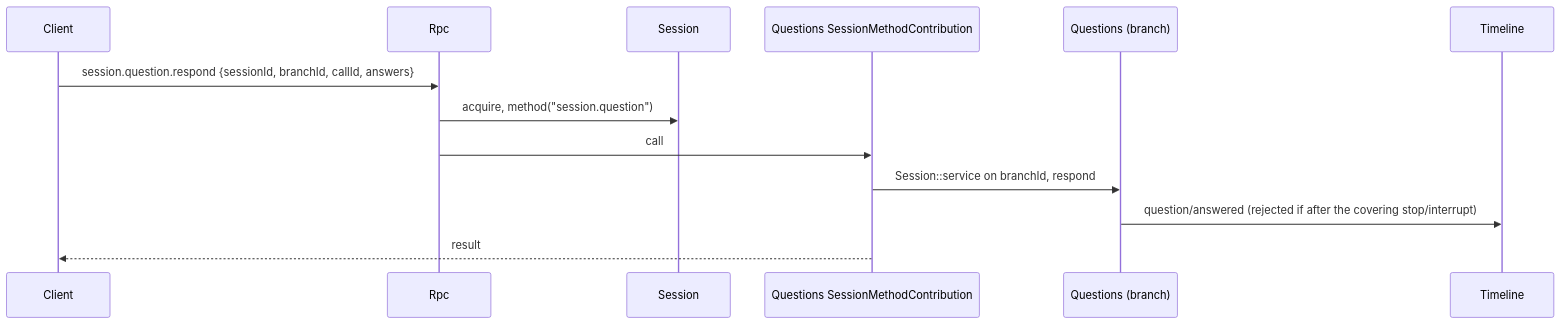
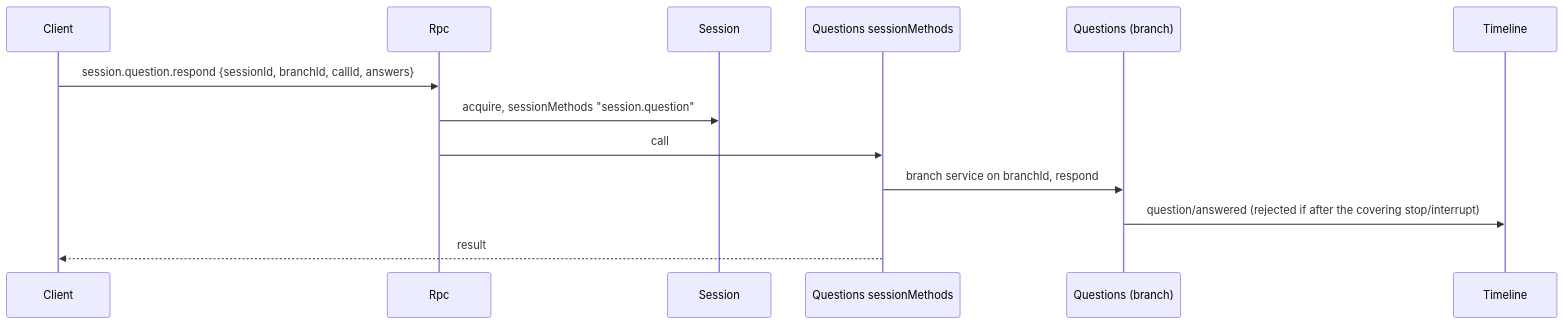
The sixth of 8 diagrams in docs/design/overview.md (CoutinhoTTS/dim-agent), drawn with Mermaid before and after one commit. The commit also changed other lines of this file and 3 other files, not shown here.

````diff
--- a/docs/design/overview.md
+++ b/docs/design/overview.md
@@ -229,15 +248,15 @@
 ```mermaid
 sequenceDiagram
   participant CL as Client
   participant Rpc as Rpc
   participant S as Session
-  participant QS as Questions SessionMethodContribution
+  participant QS as Questions sessionMethods
   participant QB as Questions (branch)
   participant TL as Timeline
   CL->>Rpc: session.question.respond {sessionId, branchId, callId, answers}
-  Rpc->>S: acquire, method("session.question")
+  Rpc->>S: acquire, sessionMethods "session.question"
   Rpc->>QS: call
-  QS->>QB: Session::service on branchId, respond
+  QS->>QB: branch service on branchId, respond
   QB->>TL: question/answered (rejected if after the covering stop/interrupt)
   QS-->>CL: result
 ```
````
